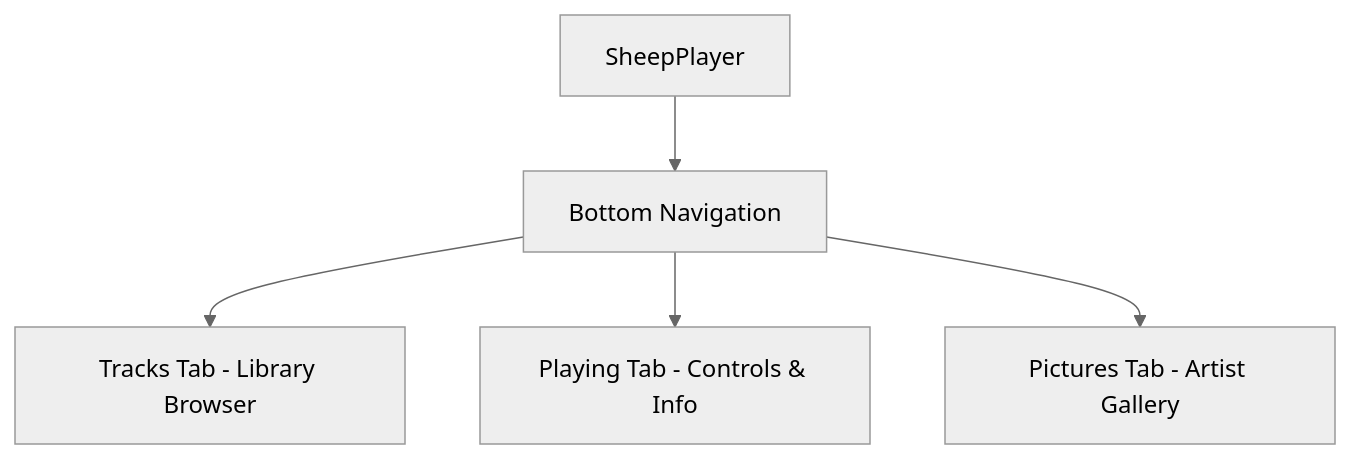
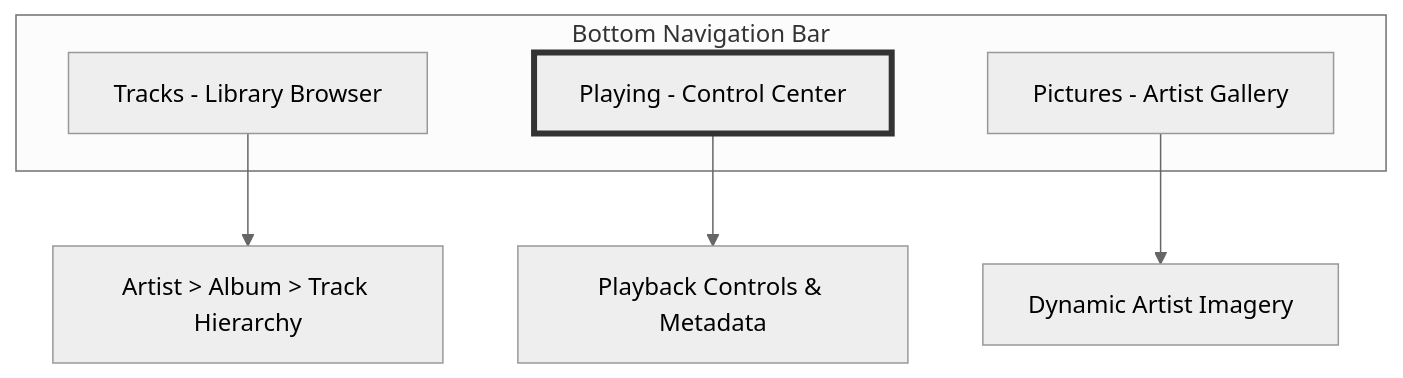
The first of 2 diagrams in docs/ui-feature-specification.md (photom/SheepPlayer), drawn with Mermaid (neutral theme) before and after one commit. The commit also changed other lines of this file and 6 other files, not shown here.

````diff
--- a/docs/ui-feature-specification.md
+++ b/docs/ui-feature-specification.md
@@ -15,7 +16,14 @@
 ```mermaid
-flowchart TD
-    App[SheepPlayer] --> Nav[Bottom Navigation]
-    Nav --> Tracks[Tracks Tab - Library Browser]
-    Nav --> Playing[Playing Tab - Controls & Info]
-    Nav --> Pictures[Pictures Tab - Artist Gallery]
+graph TD
+    subgraph BottomNav ["Bottom Navigation Bar"]
+        T[Tracks - Library Browser]
+        P[Playing - Control Center]
+        G[Pictures - Artist Gallery]
+    end
+
+    T --> T_View[Artist > Album > Track Hierarchy]
+    P --> P_View[Playback Controls & Metadata]
+    G --> G_View[Dynamic Artist Imagery]
+
+    style P stroke:#333,stroke-width:4px
 ```
````
